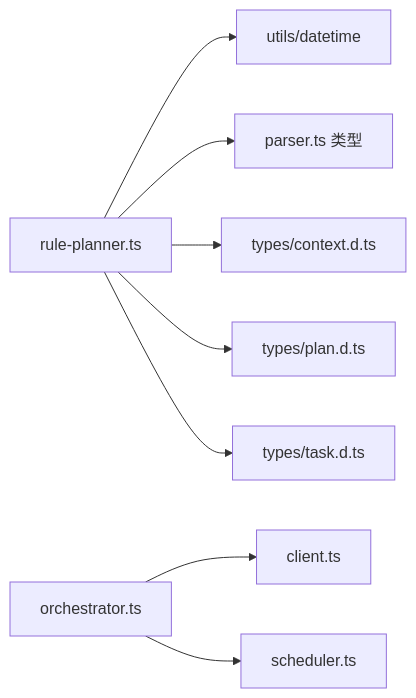
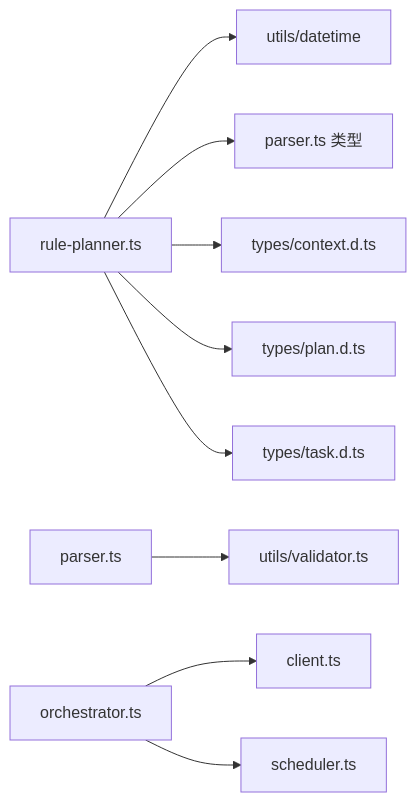
Before and after one commit to Ichi-Hackton/WAIC-WeChat-MiniProgram: the seventh of 7 diagrams in .qoder/repowiki/zh/content/LLM集成/规则规划器.md, drawn with Mermaid. The commit also changed other lines of this file and 33 other files, not shown here.

````diff
--- a/.qoder/repowiki/zh/content/LLM集成/规则规划器.md
+++ b/.qoder/repowiki/zh/content/LLM集成/规则规划器.md
@@ -299,10 +402,11 @@
 ```mermaid
 graph LR
 RulePlanner["rule-planner.ts"] --> Datetime["utils/datetime"]
 RulePlanner --> ParserTypes["parser.ts 类型"]
 RulePlanner --> ContextTypes["types/context.d.ts"]
 RulePlanner --> PlanTypes["types/plan.d.ts"]
 RulePlanner --> TaskTypes["types/task.d.ts"]
+Parser["parser.ts"] --> Validator["utils/validator.ts"]
 Orchestrator["orchestrator.ts"] --> Client["client.ts"]
 Orchestrator --> Scheduler["scheduler.ts"]
 ```
````
